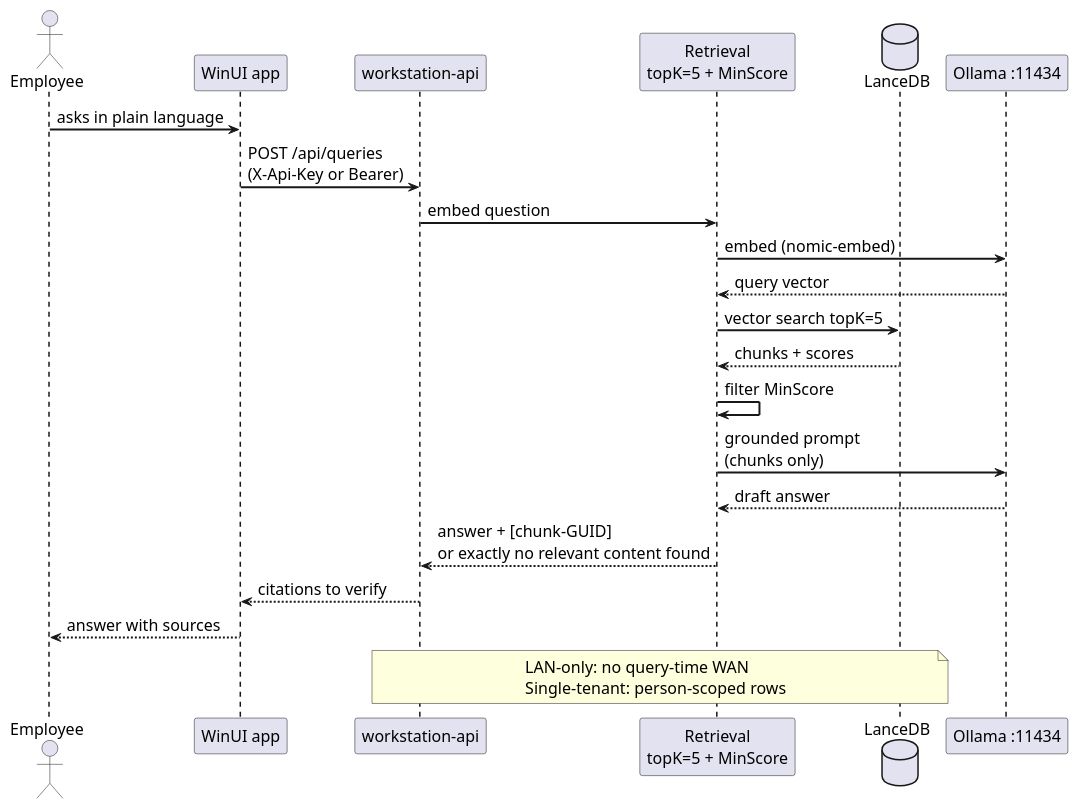
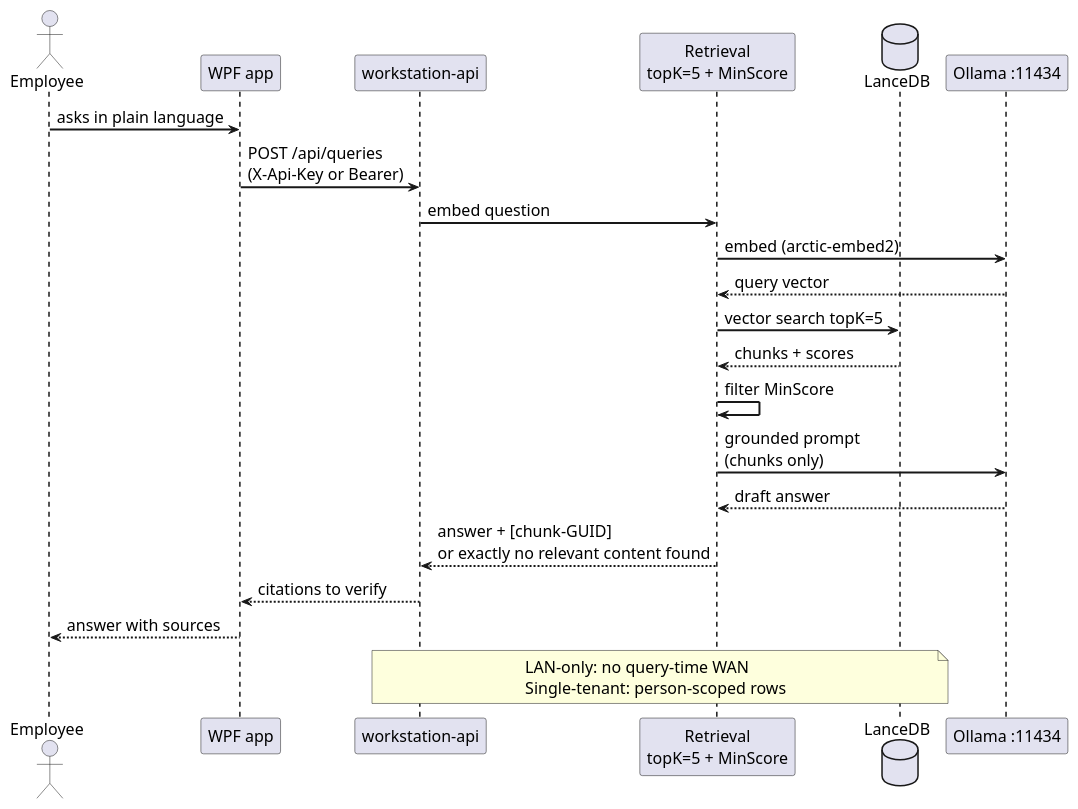
Before and after one commit to daskas-welt/raggit: the diagram in docs/query-sequence.puml, drawn with PlantUML. The commit also changed 8 other files, not shown here.

First line of the commit message:
docs: add MIT license; refresh README and diagrams for public repo

```diff
--- a/docs/query-sequence.puml
+++ b/docs/query-sequence.puml
@@ -1,39 +1,39 @@
 @startuml RAGGit Query Sequence
 ' Presentation query path: ask -> retrieve -> cited answer
 ' Rendered to docs/images/query-sequence.svg via PlantUML tooling
 ' NOTE: <style> lifeLine block required - the JS engine emits lifelines
 ' with no stroke otherwise (invisible lines).
 <style>
 sequenceDiagram {
   lifeLine {
     LineColor #181818
     LineThickness 1.5
   }
 }
 </style>
 skinparam defaultFontSize 16
 skinparam sequenceArrowThickness 2
 
 actor Employee as employee
-participant "WinUI app" as app
+participant "WPF app" as app
 participant "workstation-api" as api
 participant "Retrieval\ntopK=5 + MinScore" as retrieval
 database "LanceDB" as lancedb
 participant "Ollama :11434" as ollama
 
 employee -> app : asks in plain language
 app -> api : POST /api/queries\n(X-Api-Key or Bearer)
 api -> retrieval : embed question
-retrieval -> ollama : embed (nomic-embed)
+retrieval -> ollama : embed (arctic-embed2)
 ollama --> retrieval : query vector
 retrieval -> lancedb : vector search topK=5
 lancedb --> retrieval : chunks + scores
 retrieval -> retrieval : filter MinScore
 retrieval -> ollama : grounded prompt\n(chunks only)
 ollama --> retrieval : draft answer
 retrieval --> api : answer + [chunk-GUID]\nor exactly no relevant content found
 api --> app : citations to verify
 app --> employee : answer with sources
 
 note over api, lancedb : LAN-only: no query-time WAN\nSingle-tenant: person-scoped rows
 @enduml
```
